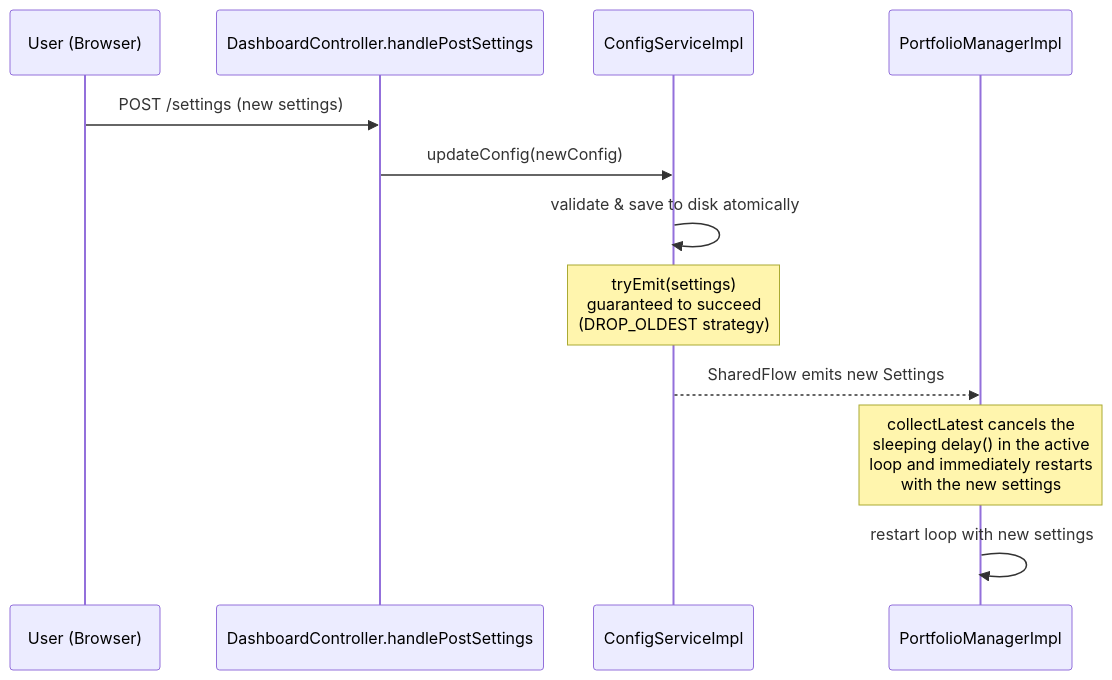
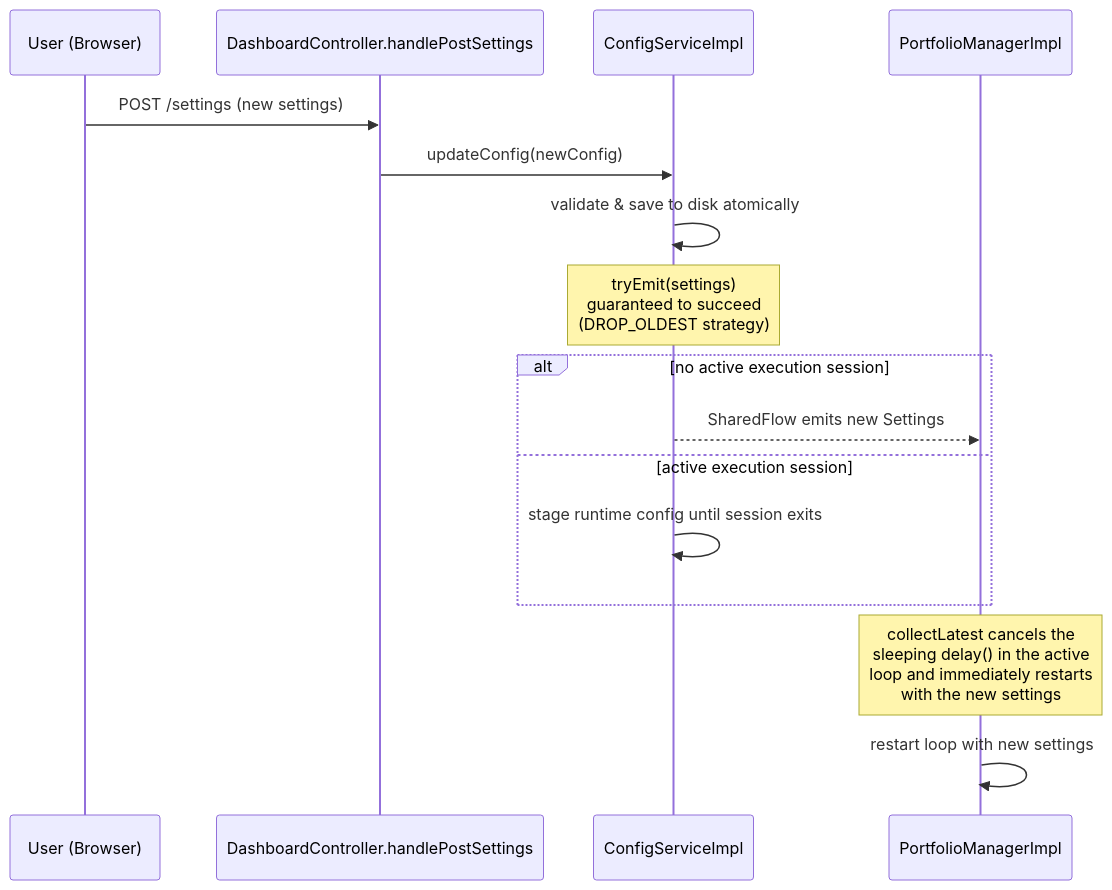
The second of 6 diagrams in docs/FLOWS.md (HyperVon/new-kraken-rebalancer), drawn with Mermaid before and after one commit. The commit also changed other lines of this file and 10 other files, not shown here.

````diff
--- a/docs/FLOWS.md
+++ b/docs/FLOWS.md
@@ -104,16 +104,20 @@
 ```mermaid
 sequenceDiagram
     participant User as User (Browser)
     participant API as DashboardController.handlePostSettings
     participant CS as ConfigServiceImpl
     participant PM as PortfolioManagerImpl
 
     User->>API: POST /settings (new settings)
     API->>CS: updateConfig(newConfig)
     CS->>CS: validate & save to disk atomically
     note over CS: tryEmit(settings)<br/>guaranteed to succeed<br/>(DROP_OLDEST strategy)
-    CS-->>PM: SharedFlow emits new Settings
+    alt no active execution session
+        CS-->>PM: SharedFlow emits new Settings
+    else active execution session
+        CS->>CS: stage runtime config until session exits
+    end
 
     note over PM: collectLatest cancels the<br/>sleeping delay() in the active<br/>loop and immediately restarts<br/>with the new settings
     PM->>PM: restart loop with new settings
 ```
````
